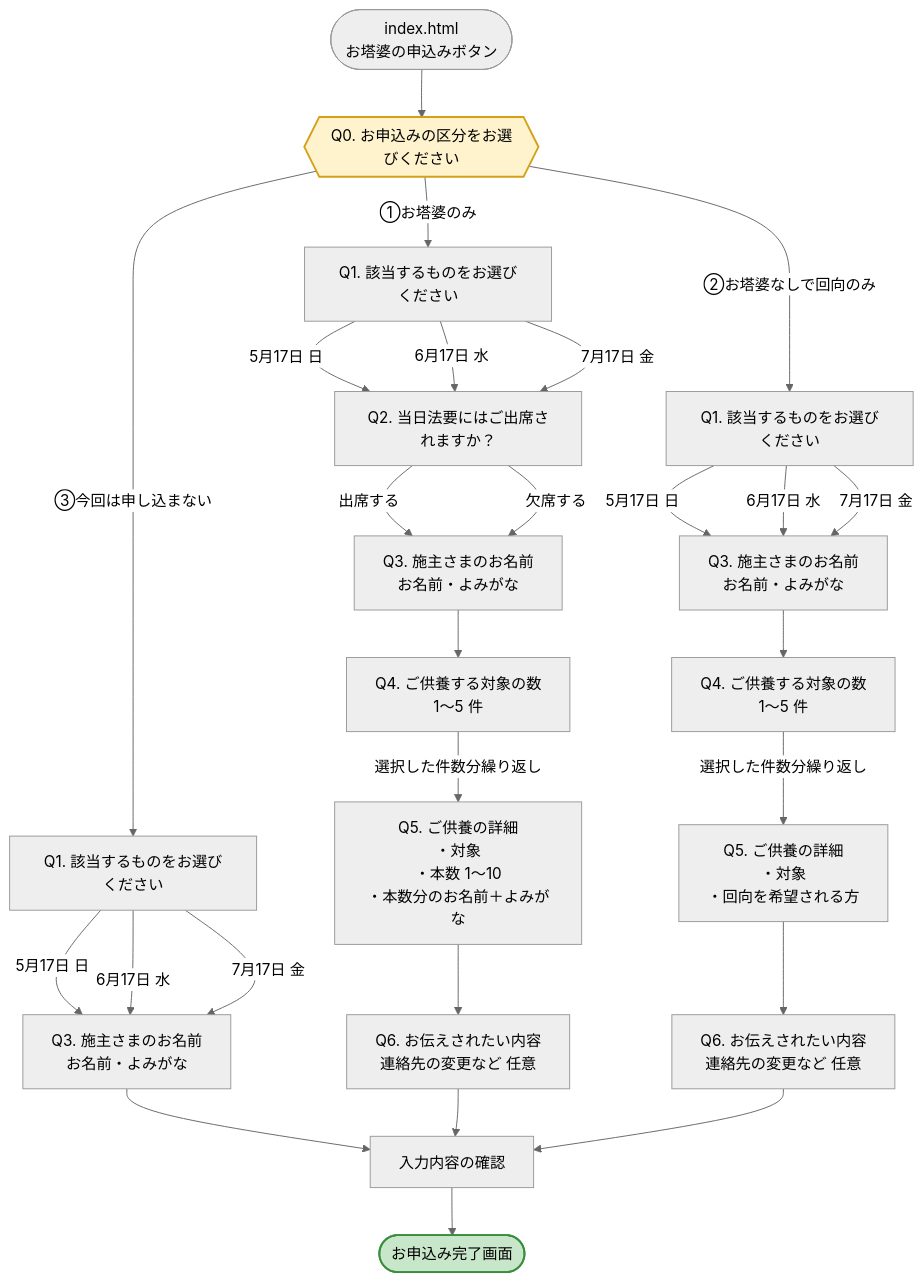
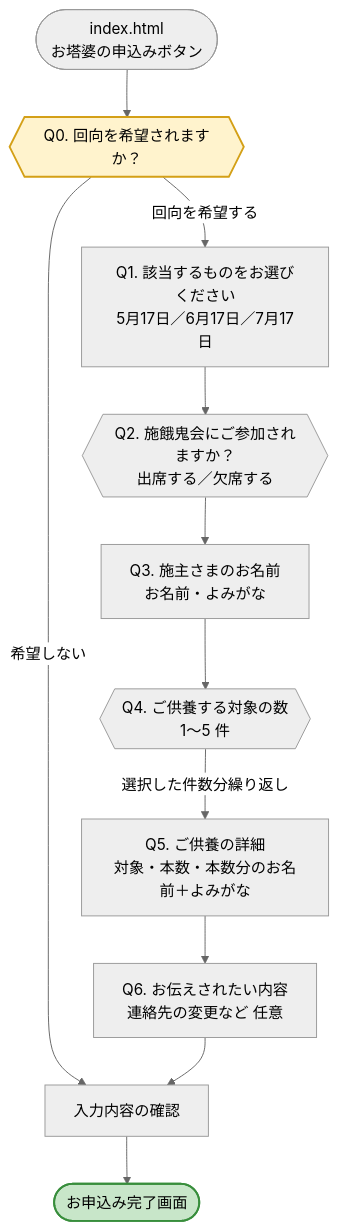
The first of 2 diagrams in shoraku-ji/flow-map.md (haz-syuu-go/Syuu-go-line-pages), drawn with Mermaid (neutral theme) before and after one commit. The commit also changed other lines of this file and 1 other file, not shown here.

````diff
--- a/shoraku-ji/flow-map.md
+++ b/shoraku-ji/flow-map.md
@@ -5,41 +5,19 @@
 ```mermaid
 flowchart TD
-    Start([index.html<br/>お塔婆の申込みボタン]) --> Q0{{Q0. お申込みの区分をお選びください}}
+    Start([index.html<br/>お塔婆の申込みボタン]) --> Q0{{Q0. 回向を希望されますか？}}
 
-    Q0 -->|①お塔婆のみ| Q1a[Q1. 該当するものをお選びください]
-    Q0 -->|②お塔婆なしで回向のみ| Q1b[Q1. 該当するものをお選びください]
-    Q0 -->|③今回は申し込まない| Q1c[Q1. 該当するものをお選びください]
+    Q0 -->|希望しない| Conf[入力内容の確認]
+    Q0 -->|回向を希望する| Q1[Q1. 該当するものをお選びください<br/>5月17日／6月17日／7月17日]
 
-    Q1a -->|5月17日 日| Q2[Q2. 当日法要にはご出席されますか？]
-    Q1a -->|6月17日 水| Q2
-    Q1a -->|7月17日 金| Q2
-
-    Q1b -->|5月17日 日| Q3b[Q3. 施主さまのお名前<br/>お名前・よみがな]
-    Q1b -->|6月17日 水| Q3b
-    Q1b -->|7月17日 金| Q3b
-
-    Q1c -->|5月17日 日| Q3c[Q3. 施主さまのお名前<br/>お名前・よみがな]
-    Q1c -->|6月17日 水| Q3c
-    Q1c -->|7月17日 金| Q3c
-
-    Q2 -->|出席する| Q3a[Q3. 施主さまのお名前<br/>お名前・よみがな]
-    Q2 -->|欠席する| Q3a
-
-    Q3a --> Q4a[Q4. ご供養する対象の数<br/>1〜5 件]
-    Q3b --> Q4b[Q4. ご供養する対象の数<br/>1〜5 件]
-    Q3c --> Conf[入力内容の確認]
-
-    Q4a -->|選択した件数分繰り返し| Q5a[Q5. ご供養の詳細<br/>・対象<br/>・本数 1〜10<br/>・本数分のお名前＋よみがな]
-    Q4b -->|選択した件数分繰り返し| Q5b[Q5. ご供養の詳細<br/>・対象<br/>・回向を希望される方]
-
-    Q5a --> Q6a[Q6. お伝えされたい内容<br/>連絡先の変更など 任意]
-    Q5b --> Q6b[Q6. お伝えされたい内容<br/>連絡先の変更など 任意]
-
-    Q6a --> Conf
-    Q6b --> Conf
+    Q1 --> Q2{{Q2. 施餓鬼会にご参加されますか？<br/>出席する／欠席する}}
+    Q2 --> Q3[Q3. 施主さまのお名前<br/>お名前・よみがな]
+    Q3 --> Q4{{Q4. ご供養する対象の数<br/>1〜5 件}}
+    Q4 -->|選択した件数分繰り返し| Q5[Q5. ご供養の詳細<br/>対象・本数・本数分のお名前＋よみがな]
+    Q5 --> Q6[Q6. お伝えされたい内容<br/>連絡先の変更など 任意]
+    Q6 --> Conf
 
     Conf --> Done([お申込み完了画面])
 
     style Q0 fill:#FFF3CD,stroke:#D4A017,stroke-width:2px
     style Done fill:#C8E6C9,stroke:#388E3C,stroke-width:2px
 ```
````
